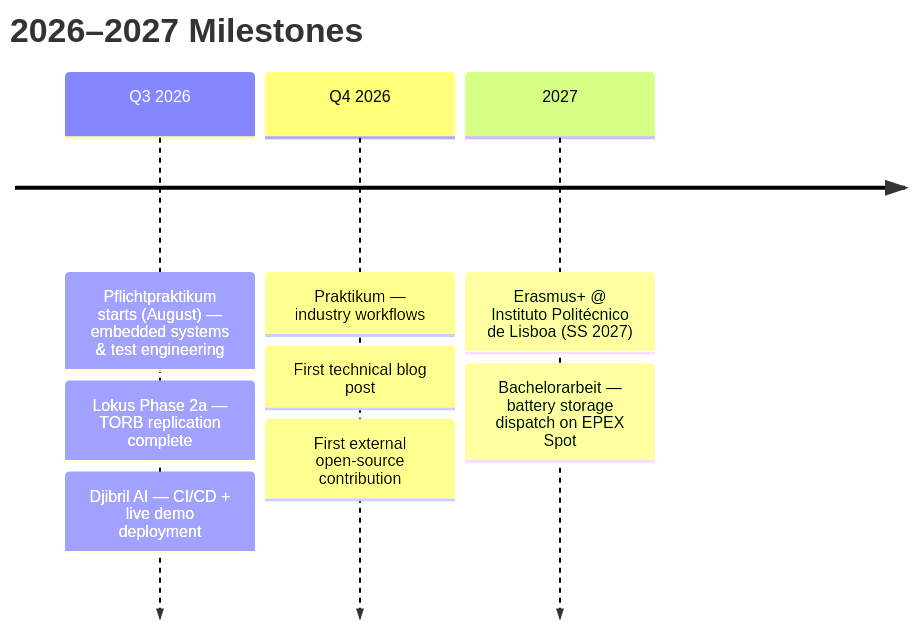
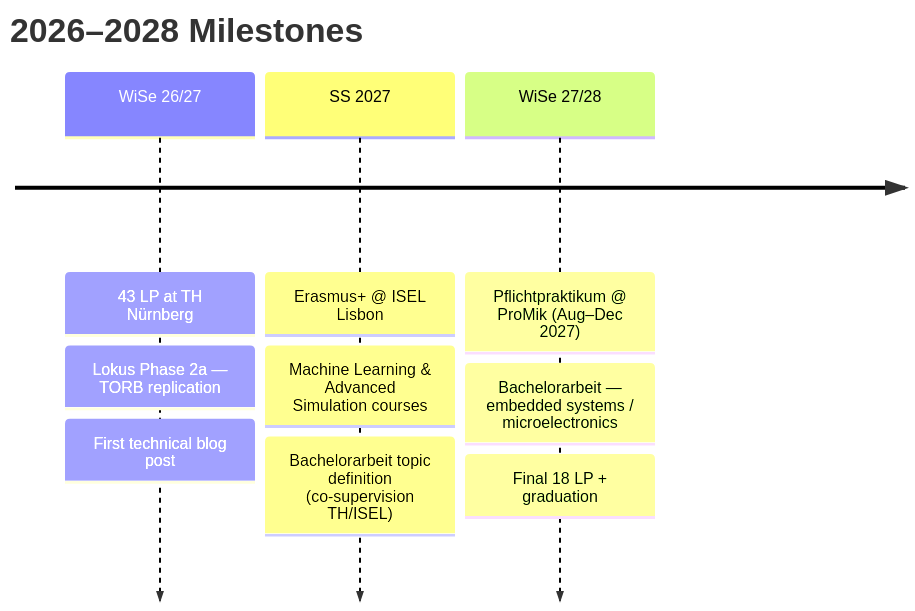
Before and after one commit to e49nana/e49nana: the diagram in README.md, drawn with Mermaid. The commit also changed other lines of this file, not shown here.

Commit message:
profile: full update Oct 2026 — ISEL, ProMik 2027, OpenJarvis, corrected timeline

````diff
--- a/README.md
+++ b/README.md
@@ -120,12 +127,13 @@
 ```mermaid
 timeline
-    title 2026–2027 Milestones
-    Q3 2026 : Pflichtpraktikum starts (August) — embedded systems & test engineering
-            : Lokus Phase 2a — TORB replication complete
-            : Djibril AI — CI/CD + live demo deployment
-    Q4 2026 : Praktikum — industry workflows
-            : First technical blog post
-            : First external open-source contribution
-    2027    : Erasmus+ @ Instituto Politécnico de Lisboa (SS 2027)
-            : Bachelorarbeit — battery storage dispatch on EPEX Spot
+    title 2026–2028 Milestones
+    WiSe 26/27 : 43 LP at TH Nürnberg
+               : Lokus Phase 2a — TORB replication
+               : First technical blog post
+    SS 2027    : Erasmus+ @ ISEL Lisbon
+               : Machine Learning & Advanced Simulation courses
+               : Bachelorarbeit topic definition (co-supervision TH/ISEL)
+    WiSe 27/28 : Pflichtpraktikum @ ProMik (Aug–Dec 2027)
+               : Bachelorarbeit — embedded systems / microelectronics
+               : Final 18 LP + graduation
 ```
````
